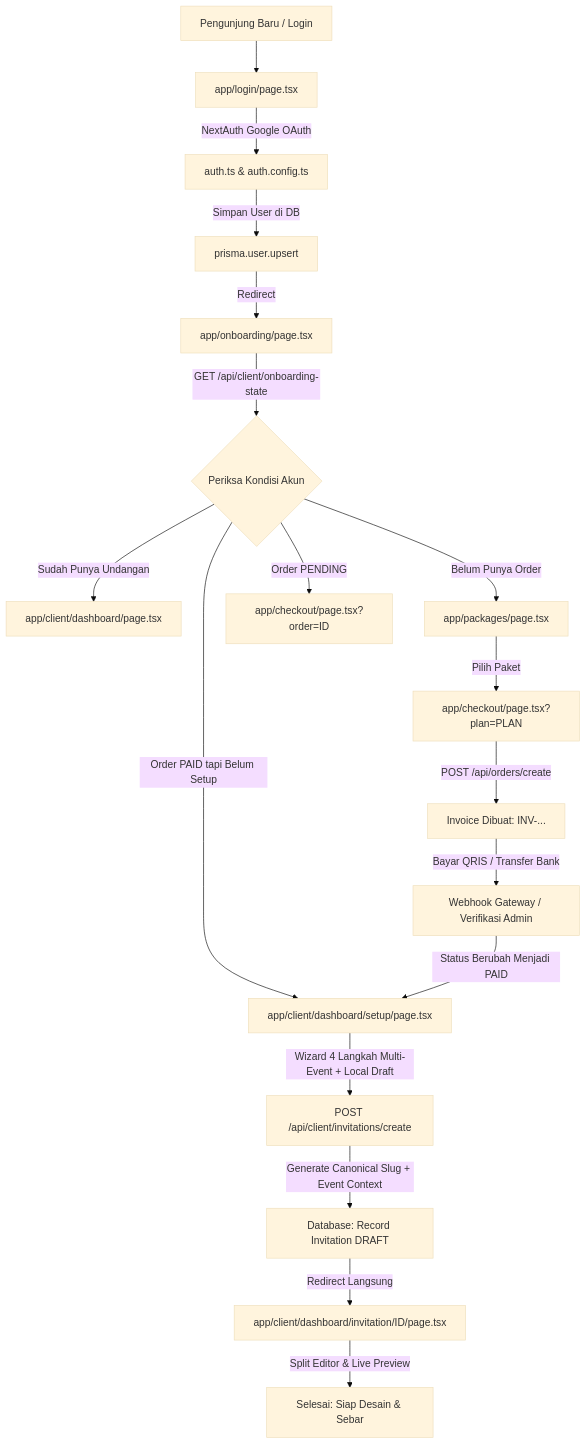
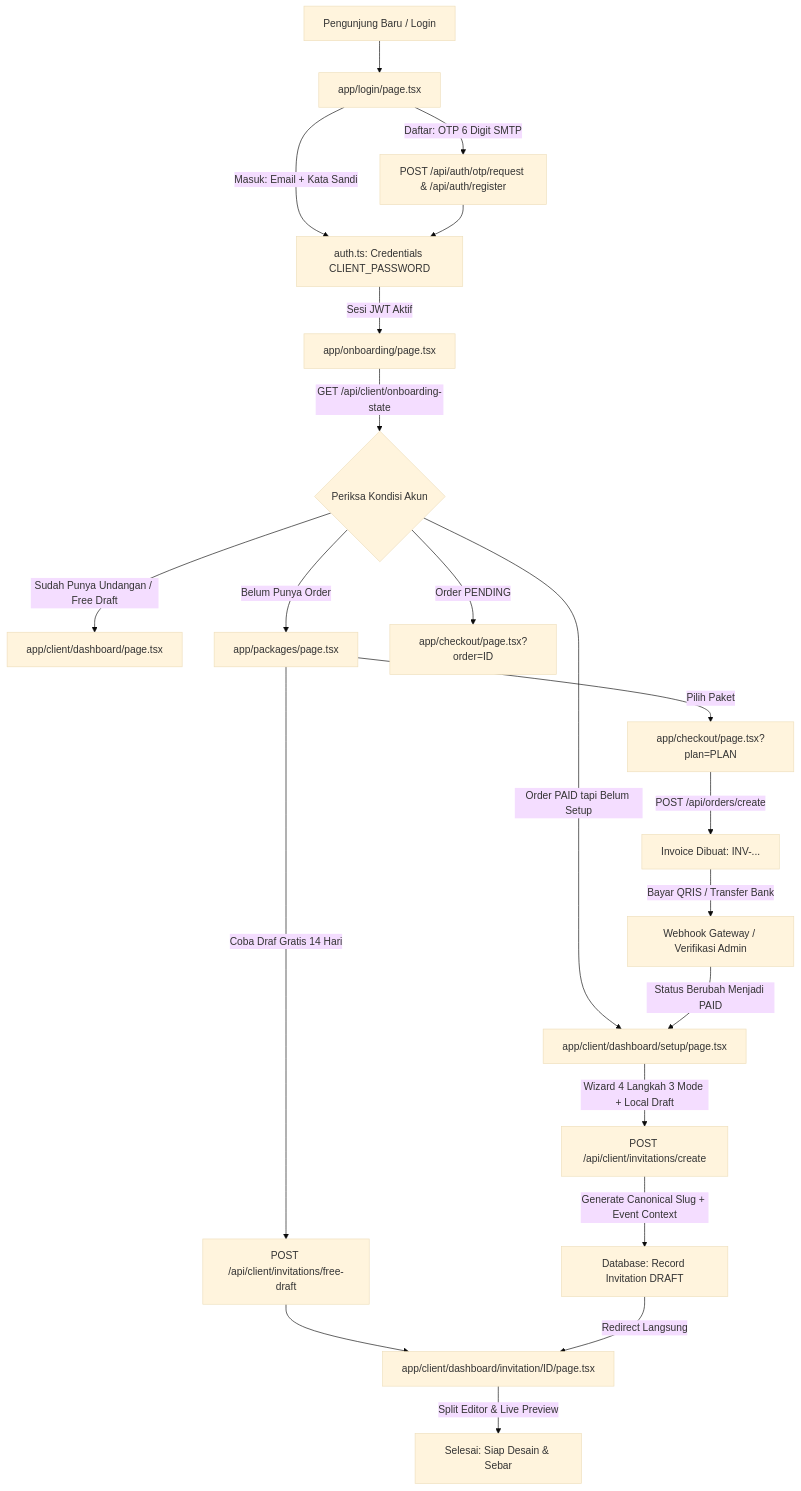
The diagram in docs/ALUR_REGISTRASI_KE_DASHBOARD.md (armansyam/luxenary-invite), drawn with Mermaid (base theme) before and after one commit. The commit also changed other lines of this file and 20 other files, not shown here.

Commit message:
docs: rapikan dan sinkronkan seluruh dokumentasi .md (3 mode, 81 tema, auth OTP tanpa OAuth, proxy.ts, & arsip changelog)

````diff
--- a/docs/ALUR_REGISTRASI_KE_DASHBOARD.md
+++ b/docs/ALUR_REGISTRASI_KE_DASHBOARD.md
@@ -22,24 +22,27 @@
 ```mermaid
 flowchart TD
     A[Pengunjung Baru / Login] --> B[app/login/page.tsx]
-    B -->|NextAuth Google OAuth| C[auth.ts & auth.config.ts]
-    C -->|Simpan User di DB| D[prisma.user.upsert]
-    D -->|Redirect| E[app/onboarding/page.tsx]
+    B -->|Daftar: OTP 6 Digit SMTP| R[POST /api/auth/otp/request & /api/auth/register]
+    B -->|Masuk: Email + Kata Sandi| C[auth.ts: Credentials CLIENT_PASSWORD]
+    R --> C
+    C -->|Sesi JWT Aktif| E[app/onboarding/page.tsx]
     
     E -->|GET /api/client/onboarding-state| F{Periksa Kondisi Akun}
     
-    F -->|Sudah Punya Undangan| G[app/client/dashboard/page.tsx]
+    F -->|Sudah Punya Undangan / Free Draft| G[app/client/dashboard/page.tsx]
     F -->|Belum Punya Order| H[app/packages/page.tsx]
     F -->|Order PENDING| I[app/checkout/page.tsx?order=ID]
     F -->|Order PAID tapi Belum Setup| J[app/client/dashboard/setup/page.tsx]
     
     H -->|Pilih Paket| K[app/checkout/page.tsx?plan=PLAN]
+    H -->|Coba Draf Gratis 14 Hari| FD[POST /api/client/invitations/free-draft]
+    FD --> P
     K -->|POST /api/orders/create| L[Invoice Dibuat: INV-...]
     L -->|Bayar QRIS / Transfer Bank| M[Webhook Gateway / Verifikasi Admin]
     M -->|Status Berubah Menjadi PAID| J
     
-    J -->|Wizard 4 Langkah Multi-Event + Local Draft| N[POST /api/client/invitations/create]
+    J -->|Wizard 4 Langkah 3 Mode + Local Draft| N[POST /api/client/invitations/create]
     N -->|Generate Canonical Slug + Event Context| O[Database: Record Invitation DRAFT]
     O -->|Redirect Langsung| P[app/client/dashboard/invitation/ID/page.tsx]
     P -->|Split Editor & Live Preview| Q[Selesai: Siap Desain & Sebar]
 ```
````
